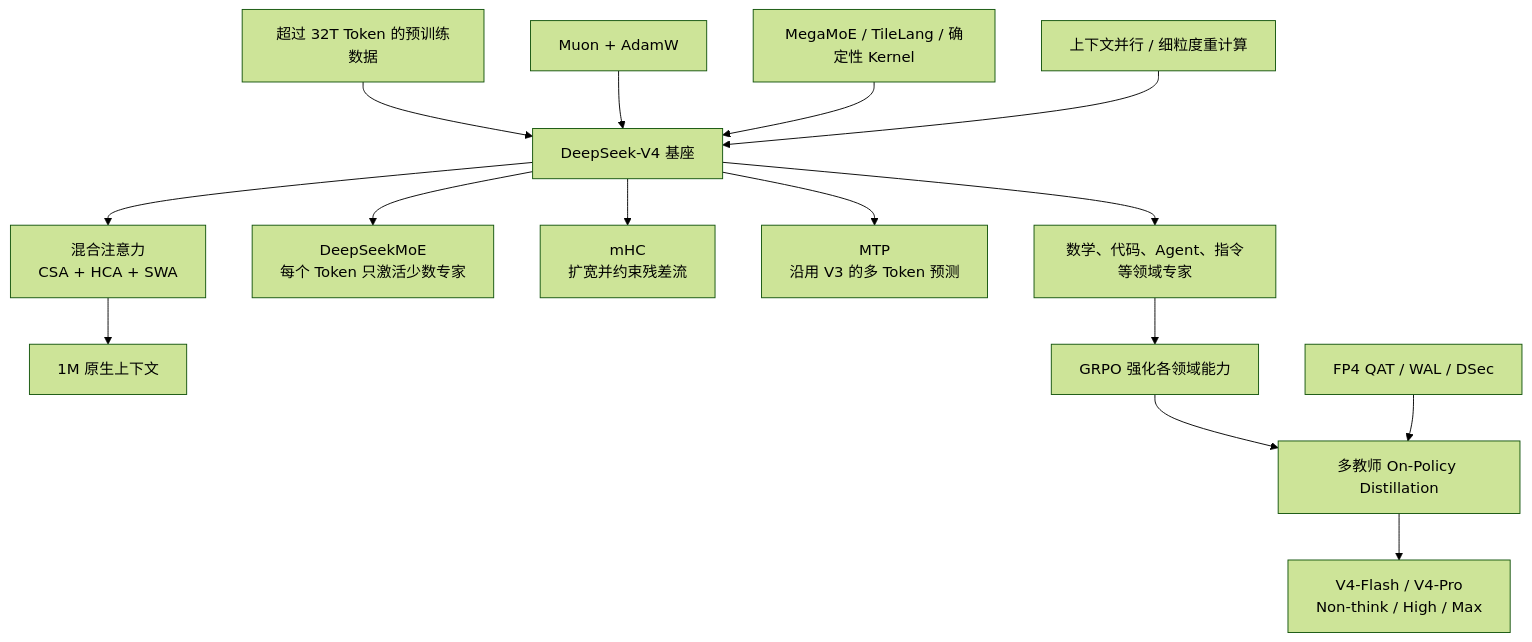
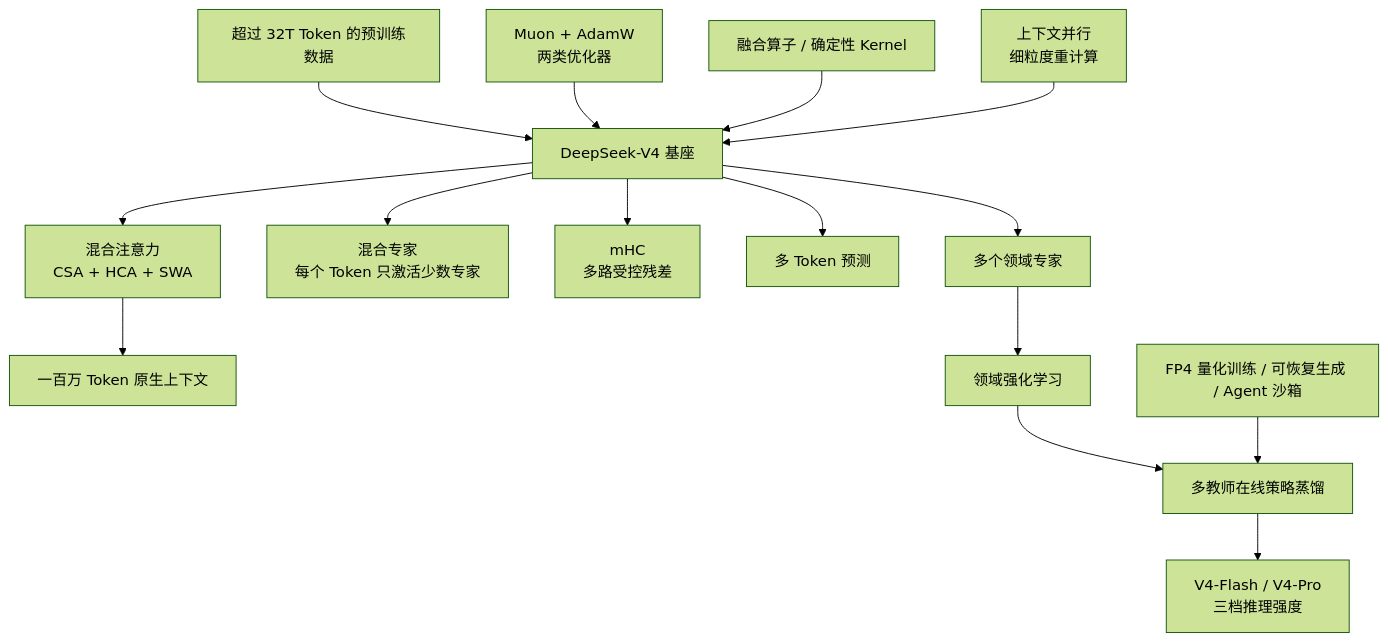
Before and after one commit to ChaoyuWang04/MockInterview: the first of 7 diagrams in reports/DeepSeek/DeepSeek-V4.md, drawn with Mermaid (forest theme). The commit also changed other lines of this file and 1 other file, not shown here.

Commit message:
docs: introduce DeepSeek V4 terminology

````diff
--- a/reports/DeepSeek/DeepSeek-V4.md
+++ b/reports/DeepSeek/DeepSeek-V4.md
@@ -26,17 +43,17 @@
 ```mermaid
 flowchart TB
     A[超过 32T Token 的预训练数据] --> B[DeepSeek-V4 基座]
     B --> C[混合注意力<br/>CSA + HCA + SWA]
-    B --> D[DeepSeekMoE<br/>每个 Token 只激活少数专家]
-    B --> E[mHC<br/>扩宽并约束残差流]
-    B --> F[MTP<br/>沿用 V3 的多 Token 预测]
-    G[Muon + AdamW] --> B
-    C --> H[1M 原生上下文]
-    I[MegaMoE / TileLang / 确定性 Kernel] --> B
-    J[上下文并行 / 细粒度重计算] --> B
-    B --> K[数学、代码、Agent、指令等领域专家]
-    K --> L[GRPO 强化各领域能力]
-    L --> M[多教师 On-Policy Distillation]
-    M --> N[V4-Flash / V4-Pro<br/>Non-think / High / Max]
-    O[FP4 QAT / WAL / DSec] --> M
+    B --> D[混合专家<br/>每个 Token 只激活少数专家]
+    B --> E[mHC<br/>多路受控残差]
+    B --> F[多 Token 预测]
+    G[Muon + AdamW<br/>两类优化器] --> B
+    C --> H[一百万 Token 原生上下文]
+    I[融合算子 / 确定性 Kernel] --> B
+    J[上下文并行<br/>细粒度重计算] --> B
+    B --> K[多个领域专家]
+    K --> L[领域强化学习]
+    L --> M[多教师在线策略蒸馏]
+    M --> N[V4-Flash / V4-Pro<br/>三档推理强度]
+    O[FP4 量化训练 / 可恢复生成 / Agent 沙箱] --> M
 ```
````
